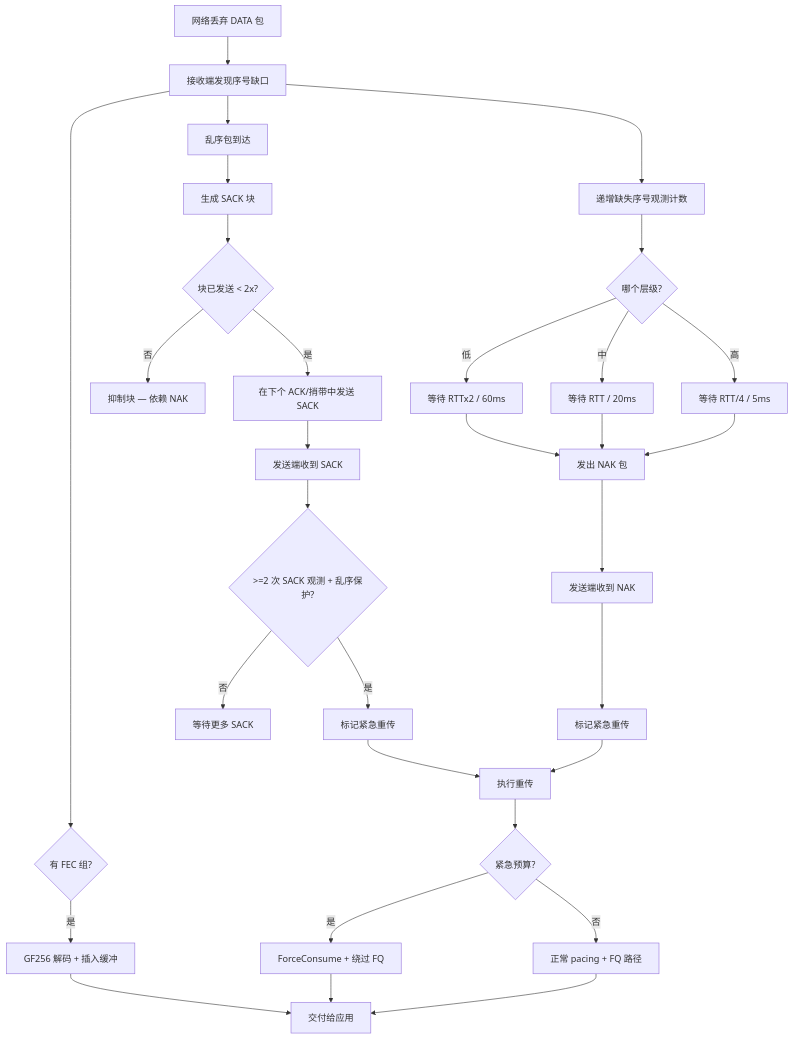
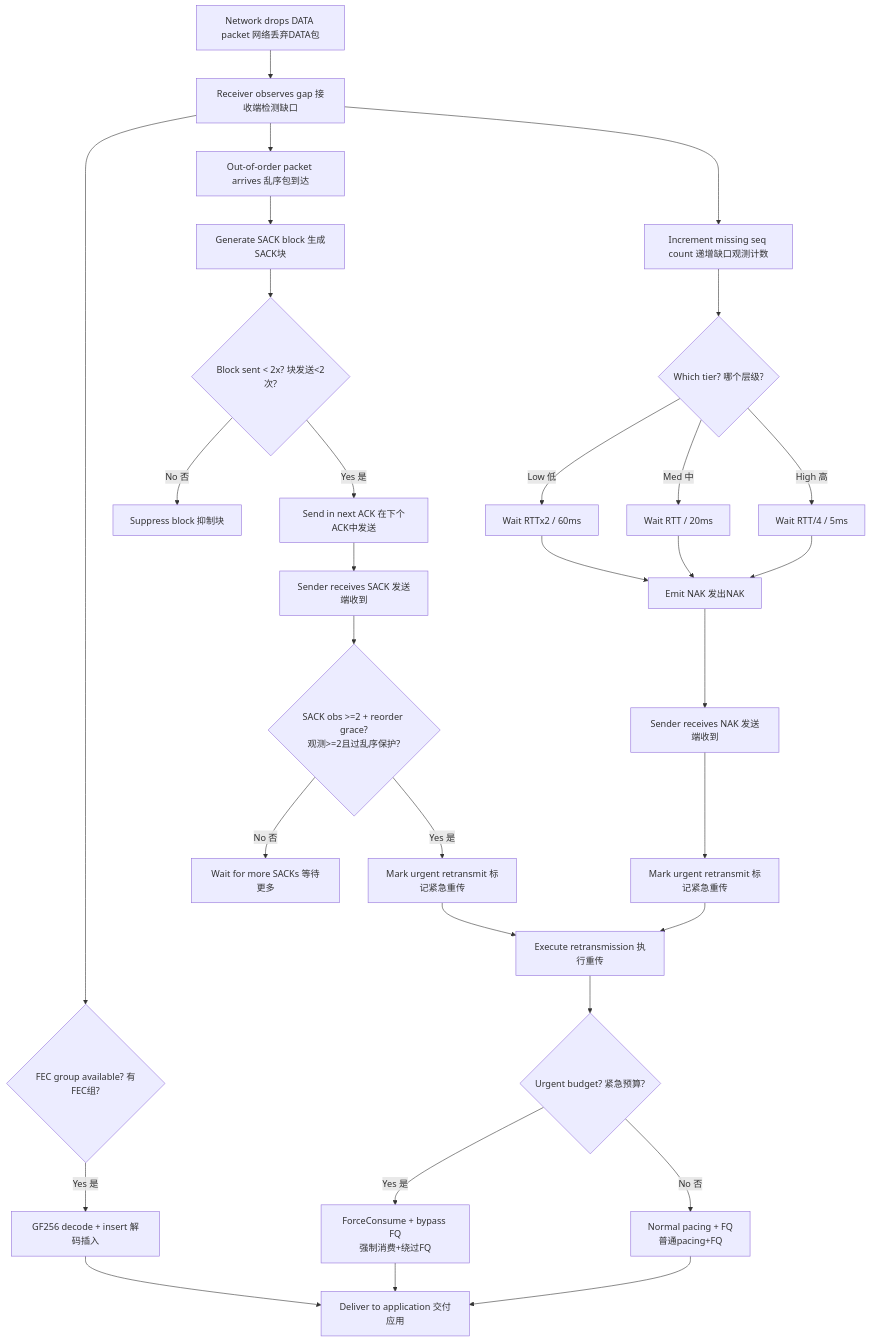
One commit to liulilittle/ucp changed the fourth of 4 diagrams in docs/performance_CN.md. Above: the diagram before and after it, drawn with Mermaid. The commit also changed other lines of this file and 43 other files, not shown here.

````diff
--- a/docs/performance_CN.md
+++ b/docs/performance_CN.md
@@ -153,41 +177,41 @@
 ```mermaid
 flowchart TD
-    Drop[网络丢弃 DATA 包] --> Gap[接收端发现序号缺口]
-
-    Gap --> OutOfOrder[乱序包到达]
-    OutOfOrder --> SackGen[生成 SACK 块]
-    SackGen --> SackLimit{块已发送 < 2x?}
-    SackLimit -->|是| SackSend[在下个 ACK/捎带中发送 SACK]
-    SackLimit -->|否| SackSuppress[抑制块 — 依赖 NAK]
-
-    SackSend --> SackRecv[发送端收到 SACK]
-    SackRecv --> SackEval{>=2 次 SACK 观测 + 乱序保护?}
-    SackEval -->|是| SackRepair[标记紧急重传]
-    SackEval -->|否| SackWait[等待更多 SACK]
-
-    Gap --> ObsCount[递增缺失序号观测计数]
-    ObsCount --> NakTier{哪个层级?}
-    NakTier -->|低| NakGuard1[等待 RTTx2 / 60ms]
-    NakTier -->|中| NakGuard2[等待 RTT / 20ms]
-    NakTier -->|高| NakGuard3[等待 RTT/4 / 5ms]
-    NakGuard1 --> NakEmit[发出 NAK 包]
+    Drop["Network drops DATA packet 网络丢弃DATA包"] --> Gap["Receiver observes gap 接收端检测缺口"]
+    
+    Gap --> OutOfOrder["Out-of-order packet arrives 乱序包到达"]
+    OutOfOrder --> SackGen["Generate SACK block 生成SACK块"]
+    SackGen --> SackLimit{"Block sent < 2x? 块发送<2次?"}
+    SackLimit -->|"Yes 是"| SackSend["Send in next ACK 在下个ACK中发送"]
+    SackLimit -->|"No 否"| SackSuppress["Suppress block 抑制块"]
+    
+    SackSend --> SackRecv["Sender receives SACK 发送端收到"]
+    SackRecv --> SackEval{"SACK obs >=2 + reorder grace?<br/>观测>=2且过乱序保护?"}
+    SackEval -->|"Yes 是"| SackRepair["Mark urgent retransmit 标记紧急重传"]
+    SackEval -->|"No 否"| SackWait["Wait for more SACKs 等待更多"]
+    
+    Gap --> ObsCount["Increment missing seq count 递增缺口观测计数"]
+    ObsCount --> NakTier{"Which tier? 哪个层级?"}
+    NakTier -->|"Low 低"| NakGuard1["Wait RTTx2 / 60ms"]
+    NakTier -->|"Med 中"| NakGuard2["Wait RTT / 20ms"]
+    NakTier -->|"High 高"| NakGuard3["Wait RTT/4 / 5ms"]
+    NakGuard1 --> NakEmit["Emit NAK 发出NAK"]
     NakGuard2 --> NakEmit
     NakGuard3 --> NakEmit
-
-    NakEmit --> NakRecv[发送端收到 NAK]
-    NakRecv --> NakRepair[标记紧急重传]
-
-    SackRepair --> Repair[执行重传]
+    
+    NakEmit --> NakRecv["Sender receives NAK 发送端收到"]
+    NakRecv --> NakRepair["Mark urgent retransmit 标记紧急重传"]
+    
+    SackRepair --> Repair["Execute retransmission 执行重传"]
     NakRepair --> Repair
-
-    Repair --> Urgent{紧急预算?}
-    Urgent -->|是| ForceSend[ForceConsume + 绕过 FQ]
-    Urgent -->|否| NormalSend[正常 pacing + FQ 路径]
-
-    Gap --> FecCheck{有 FEC 组?}
-    FecCheck -->|是| FecRepair[GF256 解码 + 插入缓冲]
-    FecRepair --> Deliver[交付给应用]
-
+    
+    Repair --> Urgent{"Urgent budget? 紧急预算?"}
+    Urgent -->|"Yes 是"| ForceSend["ForceConsume + bypass FQ<br/>强制消费+绕过FQ"]
+    Urgent -->|"No 否"| NormalSend["Normal pacing + FQ<br/>普通pacing+FQ"]
+    
+    Gap --> FecCheck{"FEC group available? 有FEC组?"}
+    FecCheck -->|"Yes 是"| FecRepair["GF256 decode + insert 解码插入"]
+    FecRepair --> Deliver["Deliver to application 交付应用"]
+    
     ForceSend --> Deliver
     NormalSend --> Deliver
 ```
````
